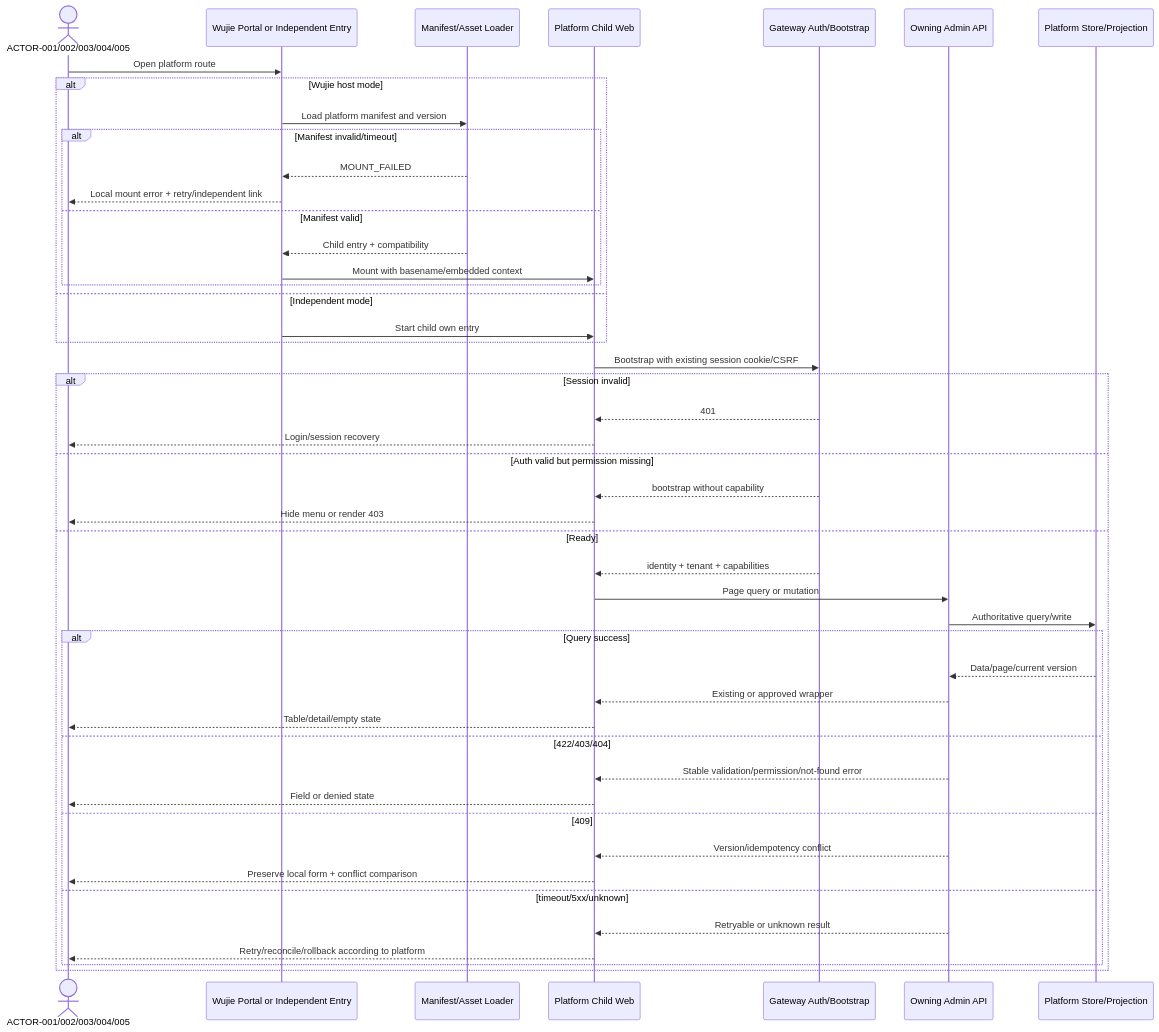
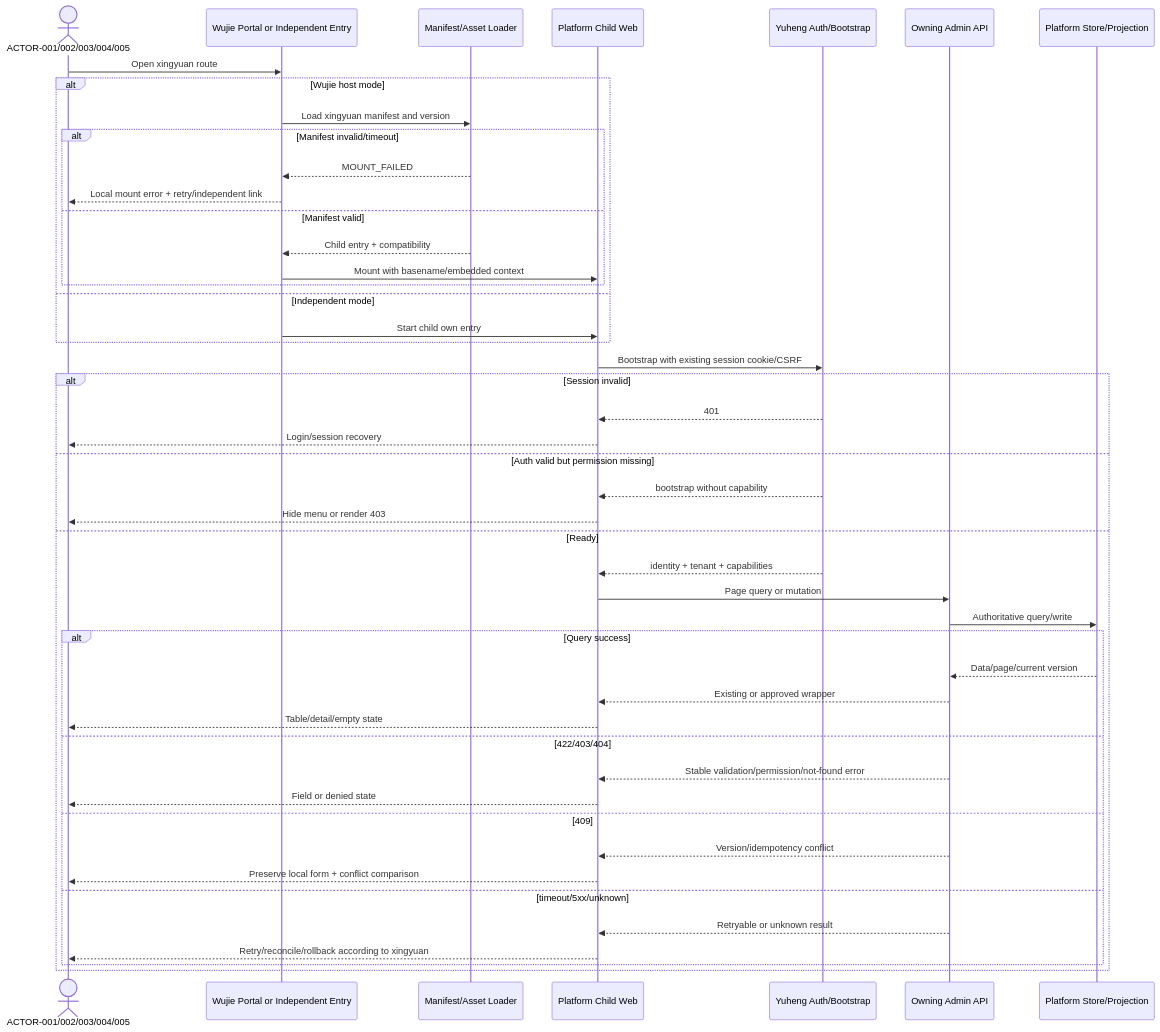
One commit to AllenDEricDAlexander/Egon-COLA changed the fourth of 4 diagrams in docs/egon/spec/2026-08-27-08-09-platforms-web-enterprise-microfrontend.md. Above: the diagram before and after it, drawn with Mermaid. The commit also changed other lines of this file and 233 other files, not shown here.

````diff
--- a/docs/egon/spec/2026-08-27-08-09-platforms-web-enterprise-microfrontend.md
+++ b/docs/egon/spec/2026-08-27-08-09-platforms-web-enterprise-microfrontend.md
@@ -516,51 +516,51 @@
 ```mermaid
 sequenceDiagram
     actor Admin as ACTOR-001/002/003/004/005
     participant Host as Wujie Portal or Independent Entry
     participant Manifest as Manifest/Asset Loader
     participant Child as Platform Child Web
-    participant Auth as Gateway Auth/Bootstrap
+    participant Auth as Yuheng Auth/Bootstrap
     participant API as Owning Admin API
     participant Store as Platform Store/Projection
 
-    Admin->>Host: Open platform route
+    Admin->>Host: Open xingyuan route
     alt Wujie host mode
-        Host->>Manifest: Load platform manifest and version
+        Host->>Manifest: Load xingyuan manifest and version
         alt Manifest invalid/timeout
             Manifest-->>Host: MOUNT_FAILED
             Host-->>Admin: Local mount error + retry/independent link
         else Manifest valid
             Manifest-->>Host: Child entry + compatibility
             Host->>Child: Mount with basename/embedded context
         end
     else Independent mode
         Host->>Child: Start child own entry
     end
 
     Child->>Auth: Bootstrap with existing session cookie/CSRF
     alt Session invalid
         Auth-->>Child: 401
         Child-->>Admin: Login/session recovery
     else Auth valid but permission missing
         Auth-->>Child: bootstrap without capability
         Child-->>Admin: Hide menu or render 403
     else Ready
         Auth-->>Child: identity + tenant + capabilities
         Child->>API: Page query or mutation
         API->>Store: Authoritative query/write
         alt Query success
             Store-->>API: Data/page/current version
             API-->>Child: Existing or approved wrapper
             Child-->>Admin: Table/detail/empty state
         else 422/403/404
             API-->>Child: Stable validation/permission/not-found error
             Child-->>Admin: Field or denied state
         else 409
             API-->>Child: Version/idempotency conflict
             Child-->>Admin: Preserve local form + conflict comparison
         else timeout/5xx/unknown
             API-->>Child: Retryable or unknown result
-            Child-->>Admin: Retry/reconcile/rollback according to platform
+            Child-->>Admin: Retry/reconcile/rollback according to xingyuan
         end
     end
 ```
````
